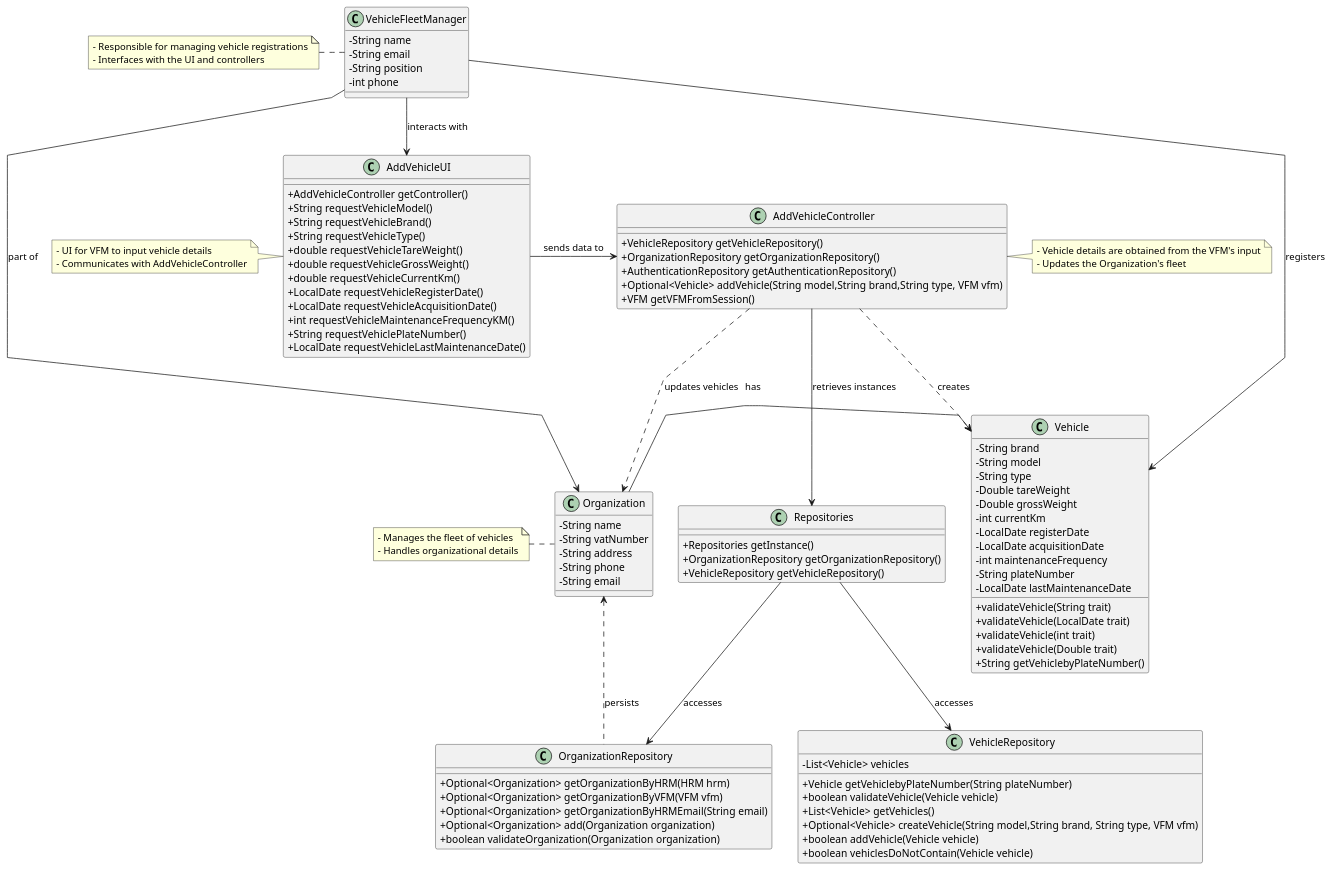
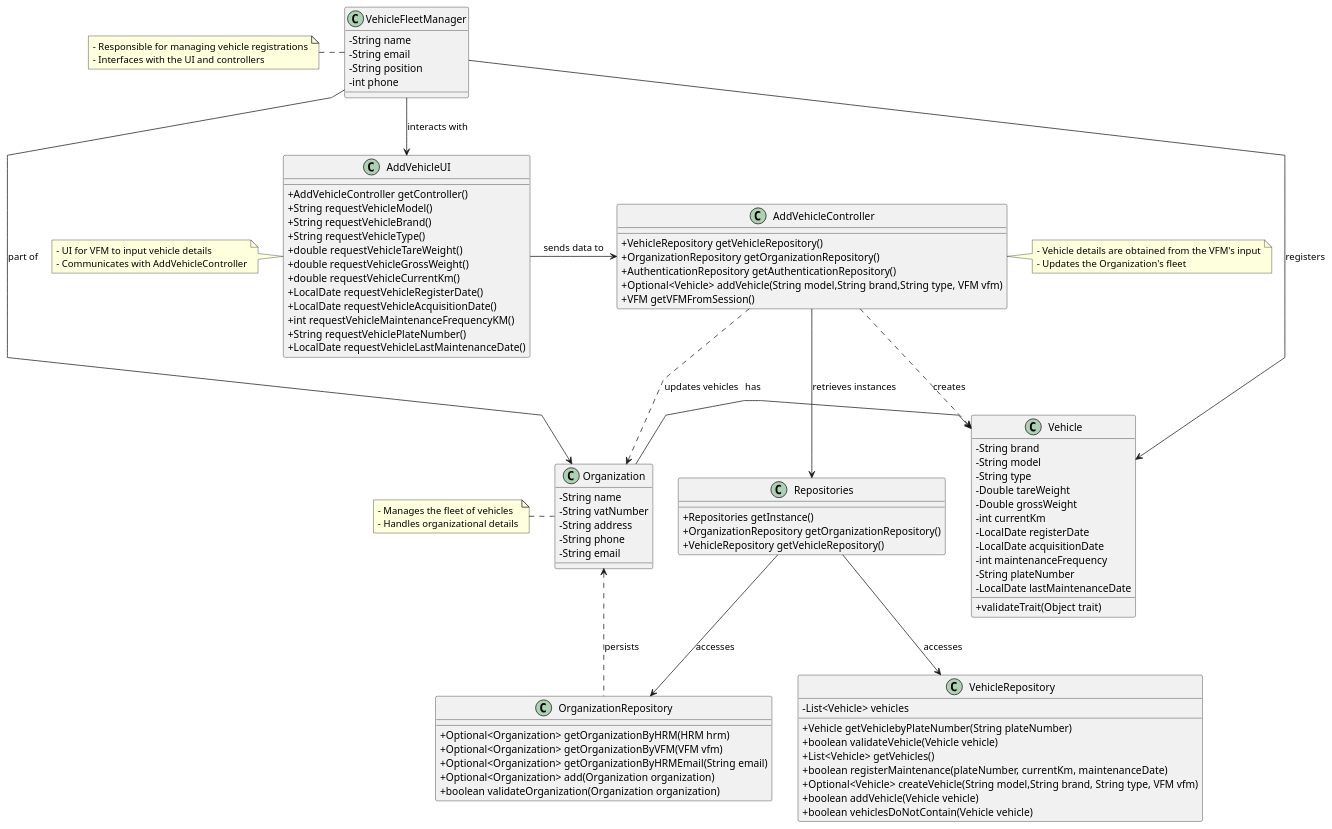
Before and after one commit to tiagosoa/lei-24-s2-1dgh-g073: the diagram in docs/sprint3/us006/03.design/puml/us006-class-diagram.puml, drawn with PlantUML. The commit also changed 27 other files, not shown here.

```diff
--- a/docs/sprint3/us006/03.design/puml/us006-class-diagram.puml
+++ b/docs/sprint3/us006/03.design/puml/us006-class-diagram.puml
@@ -2,124 +2,121 @@
 @startuml
 'skinparam monochrome true
 skinparam packageStyle rectangle
 skinparam shadowing false
 skinparam linetype polyline
 skinparam classAttributeIconSize 0
 
 class VehicleFleetManager {
   - String name
   - String email
   - String position
   - int phone
 }
 
 class Vehicle {
   - String brand
   - String model
   - String type
   - Double tareWeight
   - Double grossWeight
   - int currentKm
   - LocalDate registerDate
   - LocalDate acquisitionDate
   - int maintenanceFrequency
   - String plateNumber
   - LocalDate lastMaintenanceDate
-  + validateVehicle(String trait)
-  + validateVehicle(LocalDate trait)
-  + validateVehicle(int trait)
-  + validateVehicle(Double trait)
-  + String getVehiclebyPlateNumber()
+  + validateTrait(Object trait)
 }
 
 
 class Organization {
   - String name
   - String vatNumber
   - String address
   - String phone
   - String email
 }
 
 class OrganizationRepository {
   + Optional<Organization> getOrganizationByHRM(HRM hrm)
   + Optional<Organization> getOrganizationByVFM(VFM vfm)
   + Optional<Organization> getOrganizationByHRMEmail(String email)
   + Optional<Organization> add(Organization organization)
   + boolean validateOrganization(Organization organization)
 }
 
 class Repositories {
   + Repositories getInstance()
   + OrganizationRepository getOrganizationRepository()
   + VehicleRepository getVehicleRepository()
 }
 
 class AddVehicleController {
   + VehicleRepository getVehicleRepository()
   + OrganizationRepository getOrganizationRepository()
   + AuthenticationRepository getAuthenticationRepository()
   + Optional<Vehicle> addVehicle(String model,String brand,String type, VFM vfm)
   + VFM getVFMFromSession()
 }
 
 class AddVehicleUI {
   + AddVehicleController getController()
   + String requestVehicleModel()
   + String requestVehicleBrand()
   + String requestVehicleType()
   + double requestVehicleTareWeight()
   + double requestVehicleGrossWeight()
   + double requestVehicleCurrentKm()
   + LocalDate requestVehicleRegisterDate()
   + LocalDate requestVehicleAcquisitionDate()
   + int requestVehicleMaintenanceFrequencyKM()
   + String requestVehiclePlateNumber()
   + LocalDate requestVehicleLastMaintenanceDate()
 }
 
 class VehicleRepository {
   - List<Vehicle> vehicles
   + Vehicle getVehiclebyPlateNumber(String plateNumber)
   + boolean validateVehicle(Vehicle vehicle)
   + List<Vehicle> getVehicles()
+  + boolean registerMaintenance(plateNumber, currentKm, maintenanceDate)
   + Optional<Vehicle> createVehicle(String model,String brand, String type, VFM vfm)
   + boolean addVehicle(Vehicle vehicle)
   + boolean vehiclesDoNotContain(Vehicle vehicle)
 }
 
 note right of AddVehicleController
   - Vehicle details are obtained from the VFM's input
   - Updates the Organization's fleet
 end note
 
 note left of AddVehicleUI
   - UI for VFM to input vehicle details
   - Communicates with AddVehicleController
 end note
 
 note left of Organization
   - Manages the fleet of vehicles
   - Handles organizational details
 end note
 
 note left of VehicleFleetManager
   - Responsible for managing vehicle registrations
   - Interfaces with the UI and controllers
 end note
 
 VehicleFleetManager -down-> AddVehicleUI : interacts with
 AddVehicleUI -right-> AddVehicleController : sends data to
 AddVehicleController -down-> Repositories : retrieves instances
 Repositories -down-> OrganizationRepository : accesses
 Organization -right-> Vehicle : has
 OrganizationRepository .left.> Organization : persists
 Repositories -down-> VehicleRepository : accesses
 
 VehicleFleetManager -down-> Organization : part of
 VehicleFleetManager -down-> Vehicle : registers
 
 AddVehicleController ..> Vehicle : creates
 AddVehicleController ..> Organization : updates vehicles
 
 @enduml
```
